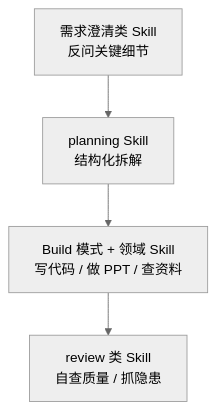
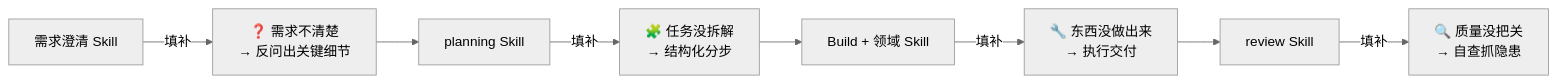
The sixth of 8 diagrams in ppt/ppt2-advanced/opencode-advanced-techniques.md (masonsxu/notes), drawn with Mermaid (neutral theme) before and after one commit. The commit also changed other lines of this file and 1 other file, not shown here.

````diff
--- a/ppt/ppt2-advanced/opencode-advanced-techniques.md
+++ b/ppt/ppt2-advanced/opencode-advanced-techniques.md
@@ -306,6 +363,10 @@
 ```mermaid
-flowchart TB
-    A["需求澄清类 Skill<br/>反问关键细节"] --> B["planning Skill<br/>结构化拆解"]
-    B --> C["Build 模式 + 领域 Skill<br/>写代码 / 做 PPT / 查资料"]
-    C --> D["review 类 Skill<br/>自查质量 / 抓隐患"]
+flowchart LR
+    A["需求澄清 Skill"] -->|"填补"| FA["❓ 需求不清楚<br/>→ 反问出关键细节"]
+    FA --> B["planning Skill"]
+    B -->|"填补"| FB["🧩 任务没拆解<br/>→ 结构化分步"]
+    FB --> C["Build + 领域 Skill"]
+    C -->|"填补"| FC["🔧 东西没做出来<br/>→ 执行交付"]
+    FC --> D["review Skill"]
+    D -->|"填补"| FD["🔍 质量没把关<br/>→ 自查抓隐患"]
 ```
````
